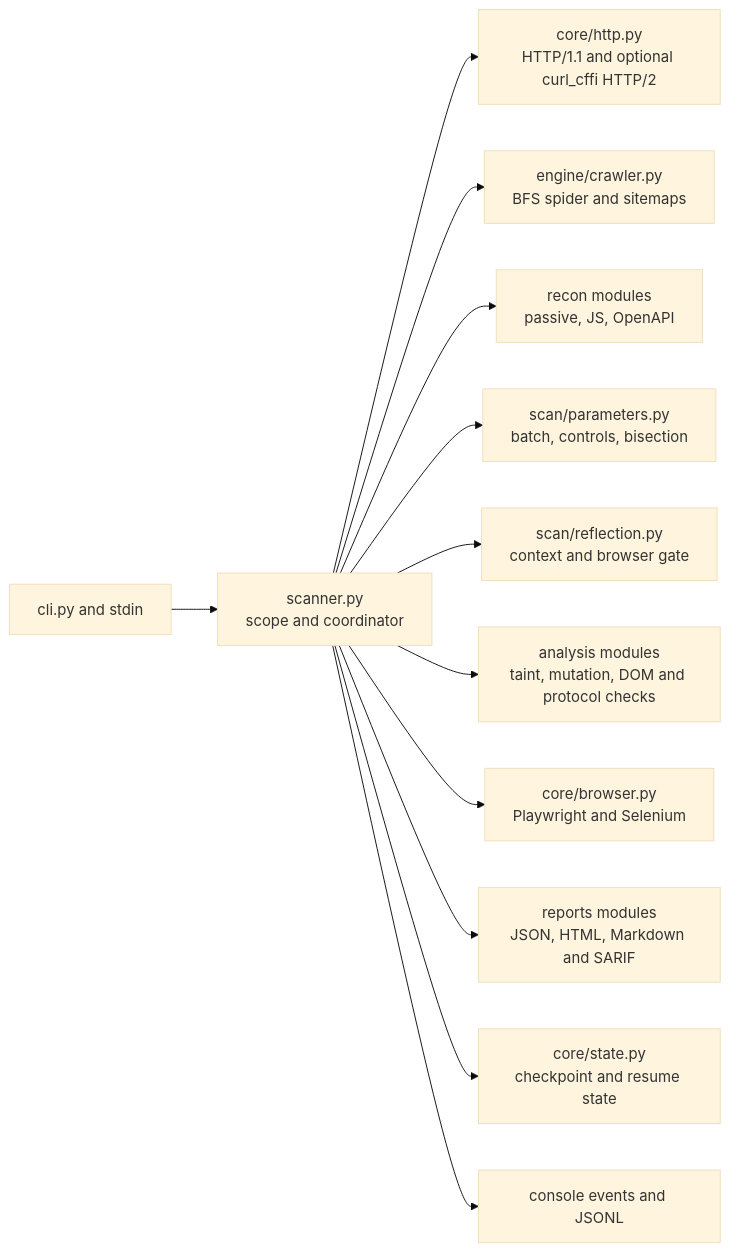
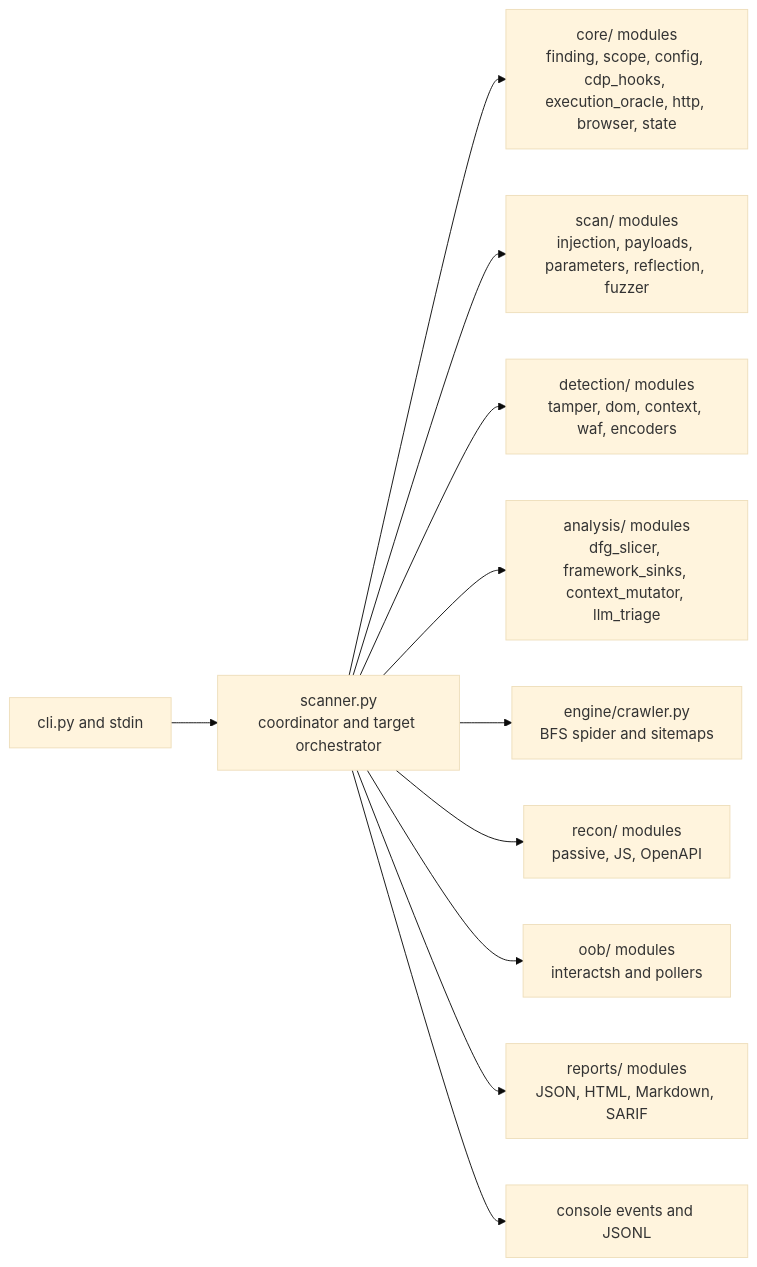
Before and after one commit to gl1tch0x1/xoxss: the second of 3 diagrams in README.md, drawn with Mermaid (base theme). The commit also changed other lines of this file and 5 other files, not shown here.

Commit message:
docs(readme): document hybrid verification pipeline, modular architecture, and typed ScanConfig

````diff
--- a/README.md
+++ b/README.md
@@ -873,14 +880,13 @@
 ```mermaid
 flowchart LR
-    CLI["cli.py and stdin"] --> SCAN["scanner.py<br/>scope and coordinator"]
-    SCAN --> HTTP["core/http.py<br/>HTTP/1.1 and optional curl_cffi HTTP/2"]
+    CLI["cli.py and stdin"] --> SCAN["scanner.py<br/>coordinator and target orchestrator"]
+    SCAN --> CORE["core/ modules<br/>finding, scope, config, cdp_hooks, execution_oracle, http, browser, state"]
+    SCAN --> SCAN_MOD["scan/ modules<br/>injection, payloads, parameters, reflection, fuzzer"]
+    SCAN --> DETECT["detection/ modules<br/>tamper, dom, context, waf, encoders"]
+    SCAN --> ANALYSIS["analysis/ modules<br/>dfg_slicer, framework_sinks, context_mutator, llm_triage"]
     SCAN --> CRAWLER["engine/crawler.py<br/>BFS spider and sitemaps"]
-    SCAN --> RECON["recon modules<br/>passive, JS, OpenAPI"]
-    SCAN --> PARAM["scan/parameters.py<br/>batch, controls, bisection"]
-    SCAN --> REFLECT["scan/reflection.py<br/>context and browser gate"]
-    SCAN --> ANALYSIS["analysis modules<br/>taint, mutation, DOM and protocol checks"]
-    SCAN --> BROWSER["core/browser.py<br/>Playwright and Selenium"]
-    SCAN --> REPORTS["reports modules<br/>JSON, HTML, Markdown and SARIF"]
-    SCAN --> STATE["core/state.py<br/>checkpoint and resume state"]
+    SCAN --> RECON["recon/ modules<br/>passive, JS, OpenAPI"]
+    SCAN --> OOB["oob/ modules<br/>interactsh and pollers"]
+    SCAN --> REPORTS["reports/ modules<br/>JSON, HTML, Markdown, SARIF"]
     SCAN --> EVENTS["console events and JSONL"]
 ```
````
